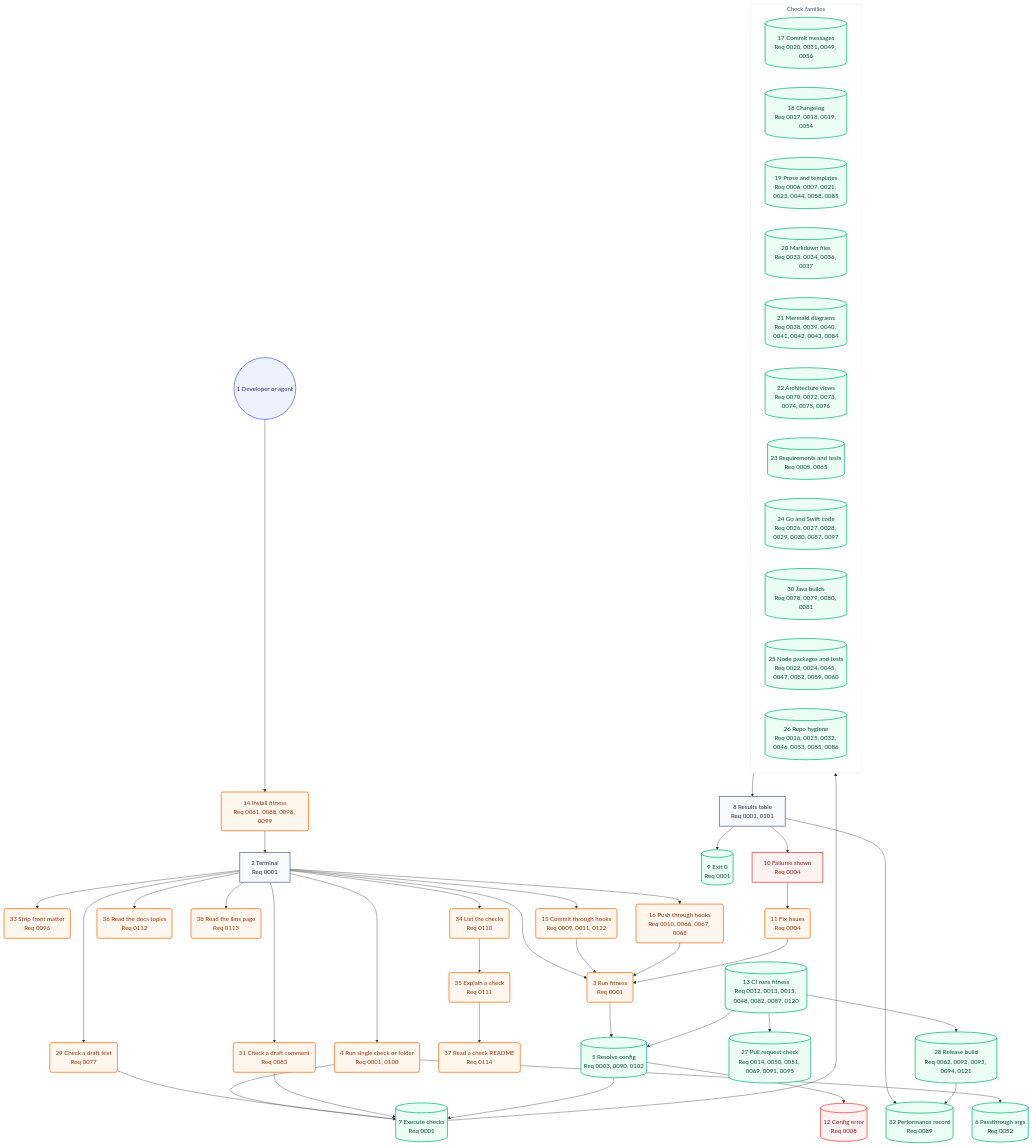
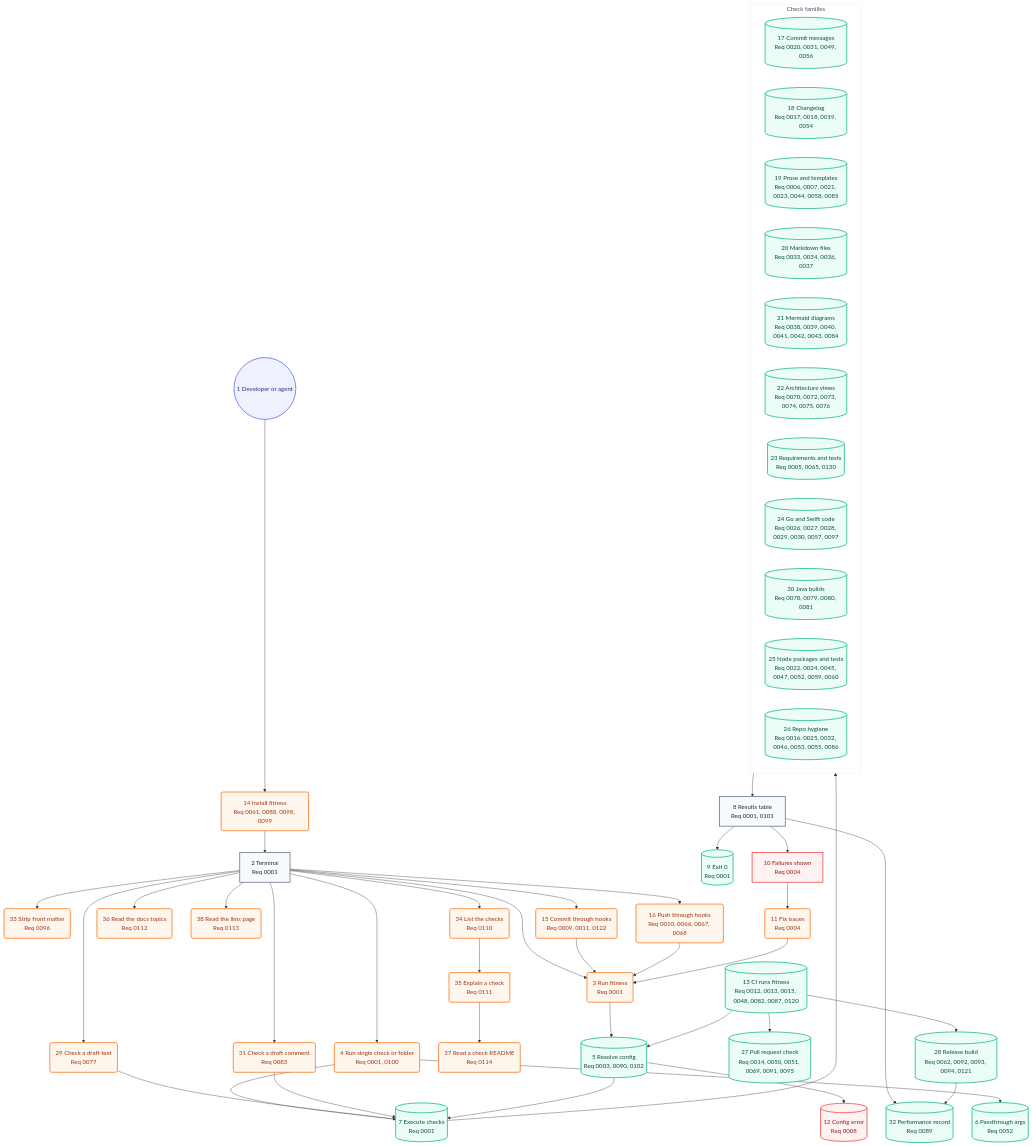
One commit to may-journal/fitness-runner changed the second of 2 diagrams in docs/architecture/05-user-journey.md. Above: the diagram before and after it, drawn with Mermaid. The commit also changed 21 other files, not shown here.

First line of the commit message:
feat(requirements-changed): fail product code changed without a test and requirement doc

```diff
--- a/docs/architecture/05-user-journey.md
+++ b/docs/architecture/05-user-journey.md
@@ -65,7 +65,7 @@
         markdownChecks[(20 Markdown files<br/>Req 0033, 0034, 0036, 0037)]:::system
         mermaidChecks[(21 Mermaid diagrams<br/>Req 0038, 0039, 0040, 0041, 0042, 0043, 0084)]:::system
         architectureChecks[(22 Architecture views<br/>Req 0070, 0072, 0073, 0074, 0075, 0076)]:::system
-        requirementChecks[(23 Requirements and tests<br/>Req 0005, 0065)]:::system
+        requirementChecks[(23 Requirements and tests<br/>Req 0005, 0065, 0130)]:::system
         goSwiftChecks[(24 Go and Swift code<br/>Req 0026, 0027, 0028, 0029, 0030, 0057, 0097)]:::system
         javaChecks[(30 Java builds<br/>Req 0078, 0079, 0080, 0081)]:::system
         nodeChecks[(25 Node packages and tests<br/>Req 0022, 0024, 0045, 0047, 0052, 0059, 0060)]:::system
```
